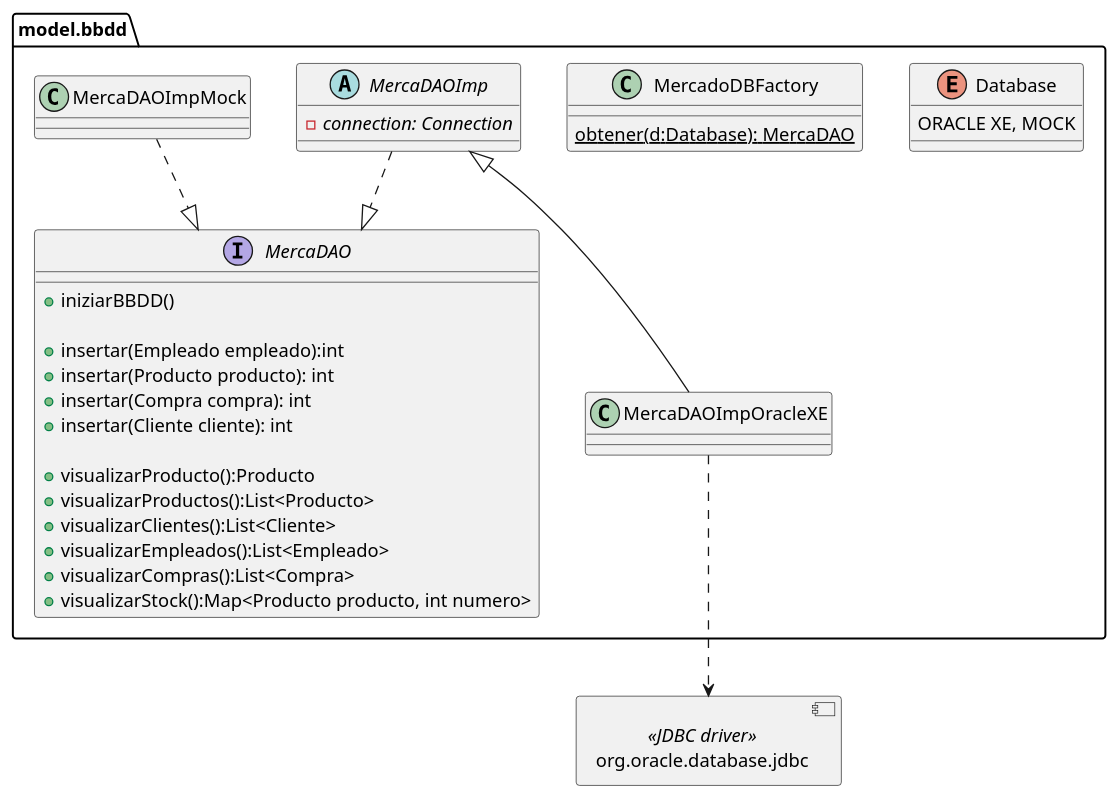
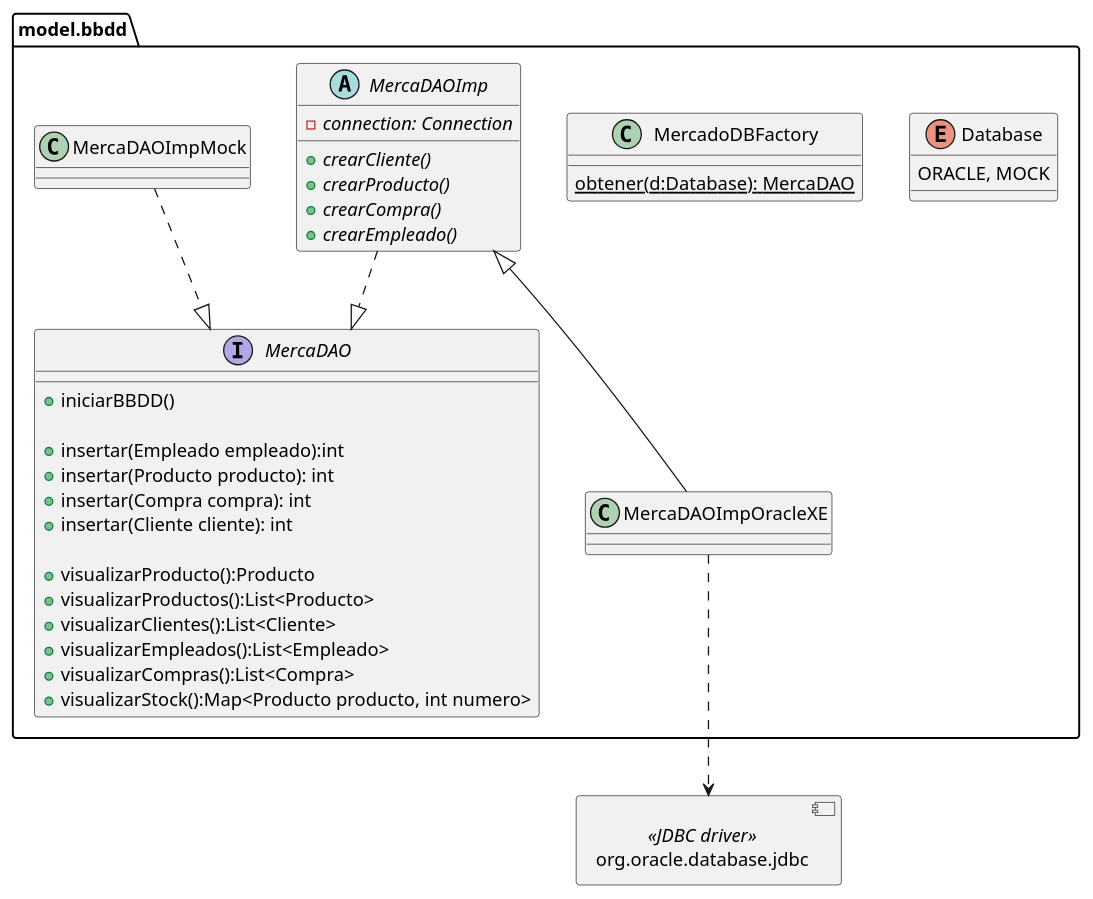
Before and after one commit to dmadcha/mercadaw_trabajo_ev3: the diagram in design/Clases/ClasesBBDD.pu, drawn with PlantUML. The commit also changed 4 other files, not shown here.

```diff
--- a/design/Clases/ClasesBBDD.pu
+++ b/design/Clases/ClasesBBDD.pu
@@ -1,51 +1,56 @@
 @startuml bbdd
 allow_mixing
 set separator none
 top to bottom direction
     package model.bbdd{
         enum Database{
-            ORACLE XE, MOCK
+            ORACLE, MOCK
         }
 
         interface MercaDAO{
-        + iniziarBBDD()
+        + iniciarBBDD()
 
         + insertar(Empleado empleado):int
         + insertar(Producto producto): int
         + insertar(Compra compra): int
         + insertar(Cliente cliente): int
         
         + visualizarProducto():Producto
         + visualizarProductos():List<Producto>
         + visualizarClientes():List<Cliente>
         + visualizarEmpleados():List<Empleado>
         + visualizarCompras():List<Compra>
         + visualizarStock():Map<Producto producto, int numero>
         }
 
         class MercadoDBFactory{
             {static} obtener(d:Database): MercaDAO
         }
 
         abstract MercaDAOImp {
-            - {abstract} connection: Connection            
+            - {abstract} connection: Connection  
+            + {abstract} crearCliente()
+            + {abstract} crearProducto()         
+            + {abstract} crearCompra()         
+            + {abstract} crearEmpleado()         
+
         }
 
         class MercaDAOImpMock{
 
         }
 
         class MercaDAOImpOracleXE{
             
         }
            
     }
 
     component org.oracle.database.jdbc <<JDBC driver>>
 
     MercaDAOImpOracleXE ..> org.oracle.database.jdbc
     MercaDAOImp <|-- MercaDAOImpOracleXE
     MercaDAOImp..|> MercaDAO
     MercaDAOImpMock..|> MercaDAO 
     
 @enduml
```
